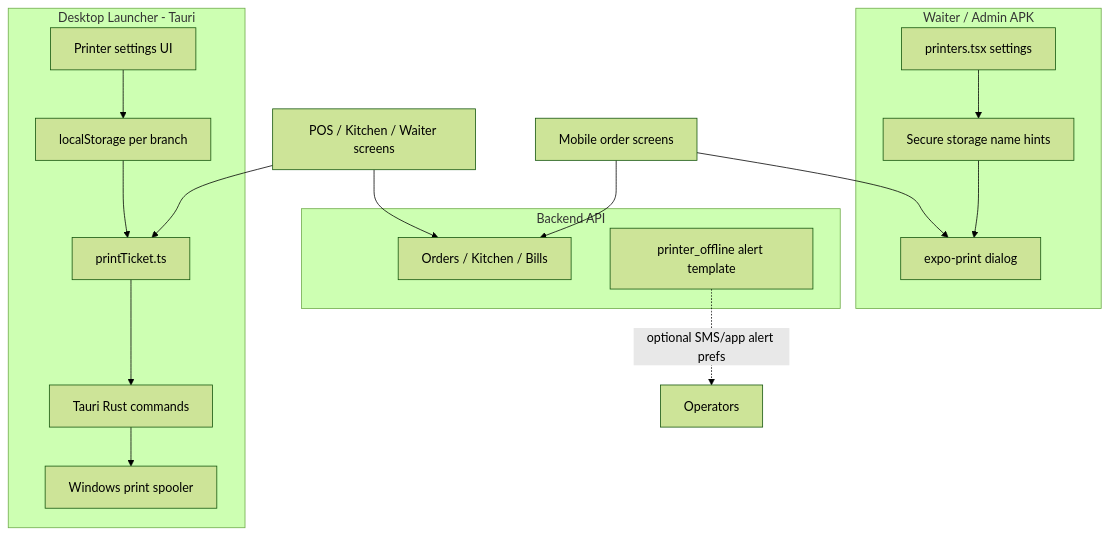
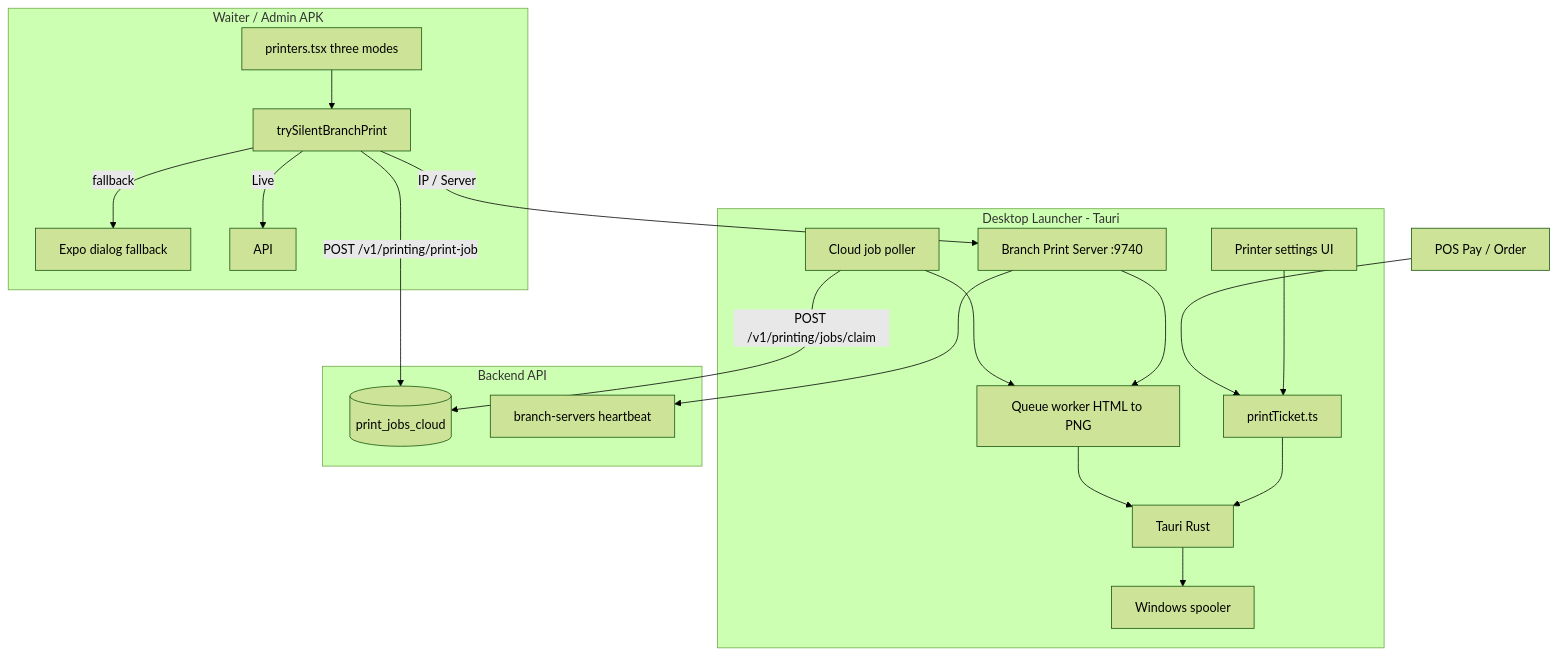
The first of 3 diagrams in docs/printer-workflow.md (basir2353/Desktop-application-Multiple-System), drawn with Mermaid (forest theme) before and after one commit. The commit also changed other lines of this file and 20 other files, not shown here.

````diff
--- a/docs/printer-workflow.md
+++ b/docs/printer-workflow.md
@@ -11,33 +11,38 @@
 ```mermaid
 flowchart TB
   subgraph desktop [Desktop Launcher - Tauri]
     UI[Printer settings UI]
-    LS[localStorage per branch]
     Engine[printTicket.ts]
-    Tauri[Tauri Rust commands]
-    Win[Windows print spooler]
-    UI --> LS
-    LS --> Engine
+    Server[Branch Print Server :9740]
+    Worker[Queue worker HTML to PNG]
+    Tauri[Tauri Rust]
+    Win[Windows spooler]
+    Poller[Cloud job poller]
+    UI --> Engine
     Engine --> Tauri
+    Server --> Worker
+    Worker --> Tauri
+    Poller --> Worker
     Tauri --> Win
   end
 
   subgraph mobile [Waiter / Admin APK]
-    MUI[printers.tsx settings]
-    Secure[Secure storage name hints]
-    Expo[expo-print dialog]
-    MUI --> Secure
-    Secure --> Expo
+    MUI[printers.tsx three modes]
+    Dispatch[trySilentBranchPrint]
+    Expo[Expo dialog fallback]
+    MUI --> Dispatch
+    Dispatch -->|Live| API
+    Dispatch -->|IP / Server| Server
+    Dispatch -->|fallback| Expo
   end
 
   subgraph api [Backend API]
-    Orders[Orders / Kitchen / Bills]
-    Notif[printer_offline alert template]
+    Jobs[(print_jobs_cloud)]
+    Heartbeat[branch-servers heartbeat]
   end
 
-  POS[POS / Kitchen / Waiter screens] --> Engine
-  POS --> Orders
-  MobileApp[Mobile order screens] --> Orders
-  MobileApp --> Expo
-  Notif -.->|optional SMS/app alert prefs| Ops[Operators]
+  POS[POS Pay / Order] --> Engine
+  Dispatch -->|POST /v1/printing/print-job| Jobs
+  Poller -->|POST /v1/printing/jobs/claim| Jobs
+  Server --> Heartbeat
 ```
````
